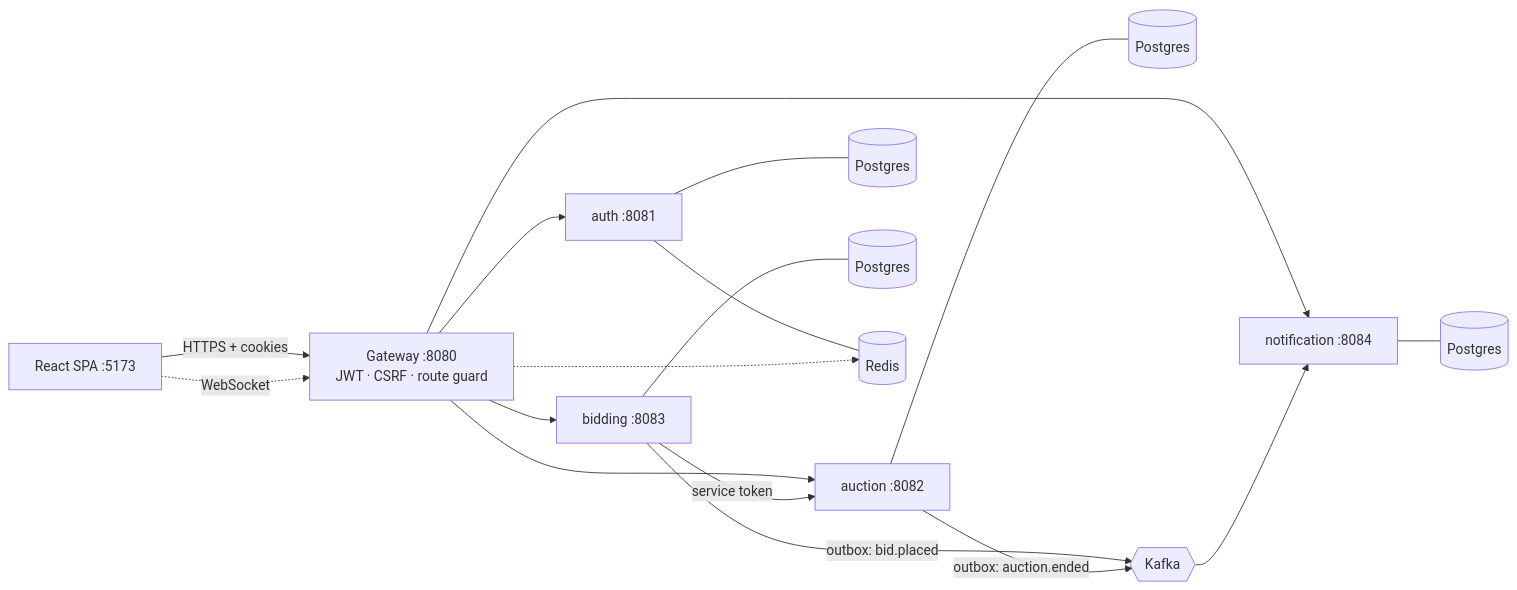
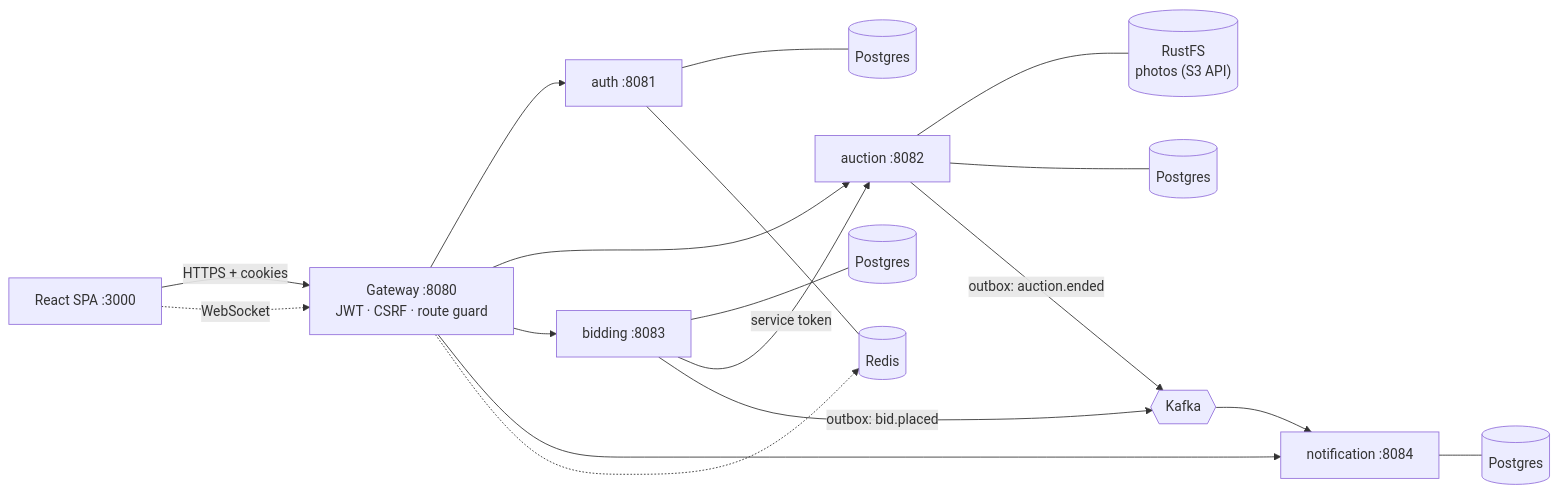
The diagram in README.md (nethunirajapakse/rostra), drawn with Mermaid before and after one commit. The commit also changed other lines of this file and 40 other files, not shown here.

````diff
--- a/README.md
+++ b/README.md
@@ -13,23 +13,24 @@
 ```mermaid
 flowchart LR
-    Browser["React SPA :5173"] -- "HTTPS + cookies" --> GW
+    Browser["React SPA :3000"] -- "HTTPS + cookies" --> GW
     Browser -. "WebSocket" .-> GW
 
     GW["Gateway :8080<br/>JWT · CSRF · route guard"]
     GW --> AUTH["auth :8081"]
     GW --> AUC["auction :8082"]
     GW --> BID["bidding :8083"]
     GW --> NOT["notification :8084"]
 
+    AUC --- S3[("RustFS<br/>photos (S3 API)")]
     AUTH --- DB1[("Postgres")]
     AUC --- DB2[("Postgres")]
     BID --- DB3[("Postgres")]
     NOT --- DB4[("Postgres")]
     AUTH --- R[("Redis")]
     GW -.-> R
 
     BID -- "service token" --> AUC
     BID -- "outbox: bid.placed" --> K{{"Kafka"}}
     AUC -- "outbox: auction.ended" --> K
     K --> NOT
 ```
````
